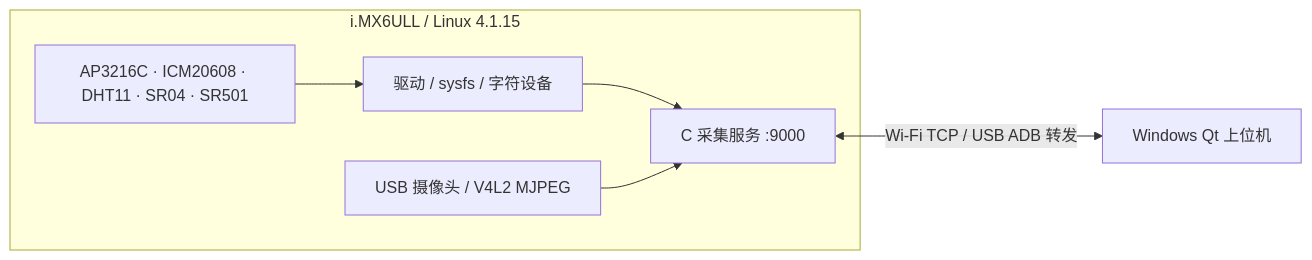
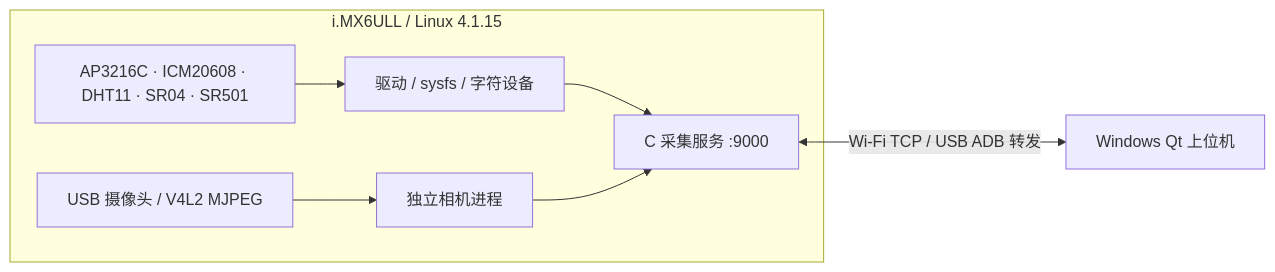
Before and after one commit to anyway-sc/imx6ull-inspection-terminal: the diagram in README.md, drawn with Mermaid. The commit also changed other lines of this file and 10 other files, not shown here.

````diff
--- a/README.md
+++ b/README.md
@@ -23,12 +23,12 @@
 ```mermaid
 flowchart LR
     subgraph Board["i.MX6ULL / Linux 4.1.15"]
         Sensors["AP3216C · ICM20608 · DHT11 · SR04 · SR501"]
         Kernel["驱动 / sysfs / 字符设备"]
         Camera["USB 摄像头 / V4L2 MJPEG"]
         Server["C 采集服务 :9000"]
         Sensors --> Kernel --> Server
-        Camera --> Server
+        Camera --> CameraProcess[独立相机进程] --> Server
     end
     Server <-->|"Wi-Fi TCP / USB ADB 转发"| Qt["Windows Qt 上位机"]
 ```
````
